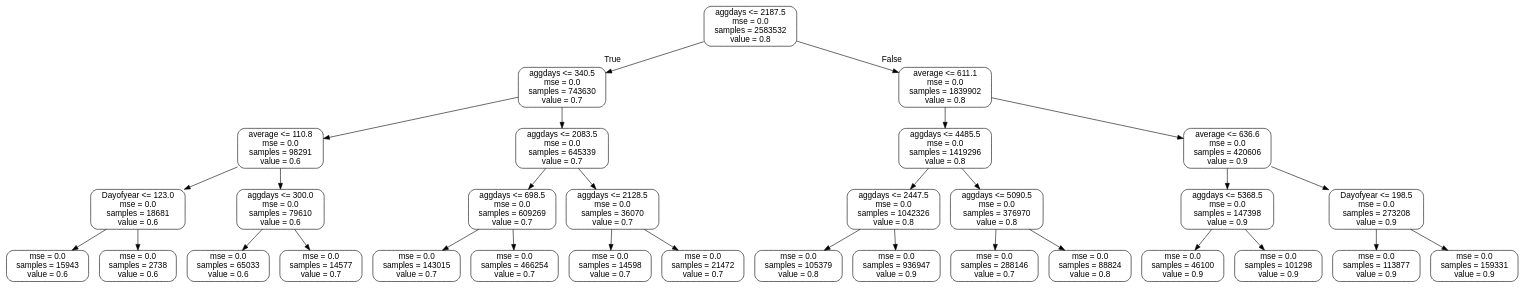
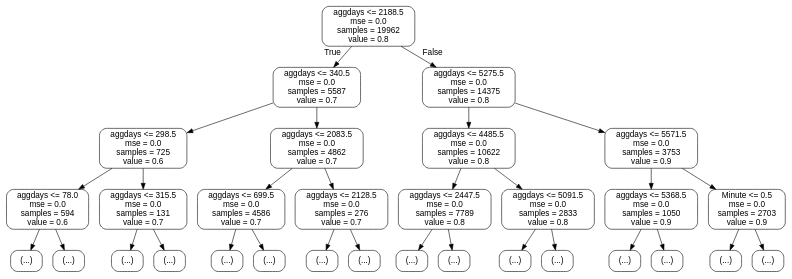
The diagram in fanalysis/plots/tree.dot (mansaluke/fanalysis), drawn with Graphviz before and after one commit. The commit also changed 11 other files, not shown here.

```diff
--- a/fanalysis/plots/tree.dot
+++ b/fanalysis/plots/tree.dot
@@ -1,65 +1,65 @@
 digraph Tree {
 node [shape=box, style="rounded", color="black", fontname=helvetica] ;
 edge [fontname=helvetica] ;
-0 [label="aggdays <= 2187.5\nmse = 0.0\nsamples = 2583532\nvalue = 0.8"] ;
-1 [label="aggdays <= 340.5\nmse = 0.0\nsamples = 743630\nvalue = 0.7"] ;
+0 [label="aggdays <= 2188.5\nmse = 0.0\nsamples = 19962\nvalue = 0.8"] ;
+1 [label="aggdays <= 340.5\nmse = 0.0\nsamples = 5587\nvalue = 0.7"] ;
 0 -> 1 [labeldistance=2.5, labelangle=45, headlabel="True"] ;
-2 [label="average <= 110.8\nmse = 0.0\nsamples = 98291\nvalue = 0.6"] ;
+2 [label="aggdays <= 298.5\nmse = 0.0\nsamples = 725\nvalue = 0.6"] ;
 1 -> 2 ;
-3 [label="Dayofyear <= 123.0\nmse = 0.0\nsamples = 18681\nvalue = 0.6"] ;
+3 [label="aggdays <= 78.0\nmse = 0.0\nsamples = 594\nvalue = 0.6"] ;
 2 -> 3 ;
-4 [label="mse = 0.0\nsamples = 15943\nvalue = 0.6"] ;
+4 [label="(...)"] ;
 3 -> 4 ;
-5 [label="mse = 0.0\nsamples = 2738\nvalue = 0.6"] ;
-3 -> 5 ;
-6 [label="aggdays <= 300.0\nmse = 0.0\nsamples = 79610\nvalue = 0.6"] ;
-2 -> 6 ;
-7 [label="mse = 0.0\nsamples = 65033\nvalue = 0.6"] ;
-6 -> 7 ;
-8 [label="mse = 0.0\nsamples = 14577\nvalue = 0.7"] ;
-6 -> 8 ;
-9 [label="aggdays <= 2083.5\nmse = 0.0\nsamples = 645339\nvalue = 0.7"] ;
-1 -> 9 ;
-10 [label="aggdays <= 698.5\nmse = 0.0\nsamples = 609269\nvalue = 0.7"] ;
-9 -> 10 ;
-11 [label="mse = 0.0\nsamples = 143015\nvalue = 0.7"] ;
-10 -> 11 ;
-12 [label="mse = 0.0\nsamples = 466254\nvalue = 0.7"] ;
-10 -> 12 ;
-13 [label="aggdays <= 2128.5\nmse = 0.0\nsamples = 36070\nvalue = 0.7"] ;
-9 -> 13 ;
-14 [label="mse = 0.0\nsamples = 14598\nvalue = 0.7"] ;
-13 -> 14 ;
-15 [label="mse = 0.0\nsamples = 21472\nvalue = 0.7"] ;
-13 -> 15 ;
-16 [label="average <= 611.1\nmse = 0.0\nsamples = 1839902\nvalue = 0.8"] ;
-0 -> 16 [labeldistance=2.5, labelangle=-45, headlabel="False"] ;
-17 [label="aggdays <= 4485.5\nmse = 0.0\nsamples = 1419296\nvalue = 0.8"] ;
-16 -> 17 ;
-18 [label="aggdays <= 2447.5\nmse = 0.0\nsamples = 1042326\nvalue = 0.8"] ;
-17 -> 18 ;
-19 [label="mse = 0.0\nsamples = 105379\nvalue = 0.8"] ;
-18 -> 19 ;
-20 [label="mse = 0.0\nsamples = 936947\nvalue = 0.9"] ;
-18 -> 20 ;
-21 [label="aggdays <= 5090.5\nmse = 0.0\nsamples = 376970\nvalue = 0.8"] ;
-17 -> 21 ;
-22 [label="mse = 0.0\nsamples = 288146\nvalue = 0.7"] ;
-21 -> 22 ;
-23 [label="mse = 0.0\nsamples = 88824\nvalue = 0.8"] ;
-21 -> 23 ;
-24 [label="average <= 636.6\nmse = 0.0\nsamples = 420606\nvalue = 0.9"] ;
-16 -> 24 ;
-25 [label="aggdays <= 5368.5\nmse = 0.0\nsamples = 147398\nvalue = 0.9"] ;
-24 -> 25 ;
-26 [label="mse = 0.0\nsamples = 46100\nvalue = 0.9"] ;
-25 -> 26 ;
-27 [label="mse = 0.0\nsamples = 101298\nvalue = 0.9"] ;
-25 -> 27 ;
-28 [label="Dayofyear <= 198.5\nmse = 0.0\nsamples = 273208\nvalue = 0.9"] ;
-24 -> 28 ;
-29 [label="mse = 0.0\nsamples = 113877\nvalue = 0.9"] ;
-28 -> 29 ;
-30 [label="mse = 0.0\nsamples = 159331\nvalue = 0.9"] ;
-28 -> 30 ;
+105 [label="(...)"] ;
+3 -> 105 ;
+604 [label="aggdays <= 315.5\nmse = 0.0\nsamples = 131\nvalue = 0.7"] ;
+2 -> 604 ;
+605 [label="(...)"] ;
+604 -> 605 ;
+644 [label="(...)"] ;
+604 -> 644 ;
+737 [label="aggdays <= 2083.5\nmse = 0.0\nsamples = 4862\nvalue = 0.7"] ;
+1 -> 737 ;
+738 [label="aggdays <= 699.5\nmse = 0.0\nsamples = 4586\nvalue = 0.7"] ;
+737 -> 738 ;
+739 [label="(...)"] ;
+738 -> 739 ;
+1902 [label="(...)"] ;
+738 -> 1902 ;
+5085 [label="aggdays <= 2128.5\nmse = 0.0\nsamples = 276\nvalue = 0.7"] ;
+737 -> 5085 ;
+5086 [label="(...)"] ;
+5085 -> 5086 ;
+5203 [label="(...)"] ;
+5085 -> 5203 ;
+5398 [label="aggdays <= 5275.5\nmse = 0.0\nsamples = 14375\nvalue = 0.8"] ;
+0 -> 5398 [labeldistance=2.5, labelangle=-45, headlabel="False"] ;
+5399 [label="aggdays <= 4485.5\nmse = 0.0\nsamples = 10622\nvalue = 0.8"] ;
+5398 -> 5399 ;
+5400 [label="aggdays <= 2447.5\nmse = 0.0\nsamples = 7789\nvalue = 0.8"] ;
+5399 -> 5400 ;
+5401 [label="(...)"] ;
+5400 -> 5401 ;
+6410 [label="(...)"] ;
+5400 -> 6410 ;
+14391 [label="aggdays <= 5091.5\nmse = 0.0\nsamples = 2833\nvalue = 0.8"] ;
+5399 -> 14391 ;
+14392 [label="(...)"] ;
+14391 -> 14392 ;
+16723 [label="(...)"] ;
+14391 -> 16723 ;
+17496 [label="aggdays <= 5571.5\nmse = 0.0\nsamples = 3753\nvalue = 0.9"] ;
+5398 -> 17496 ;
+17497 [label="aggdays <= 5368.5\nmse = 0.0\nsamples = 1050\nvalue = 0.9"] ;
+17496 -> 17497 ;
+17498 [label="(...)"] ;
+17497 -> 17498 ;
+17891 [label="(...)"] ;
+17497 -> 17891 ;
+18718 [label="Minute <= 0.5\nmse = 0.0\nsamples = 2703\nvalue = 0.9"] ;
+17496 -> 18718 ;
+18719 [label="(...)"] ;
+18718 -> 18719 ;
+18968 [label="(...)"] ;
+18718 -> 18968 ;
 }
```
